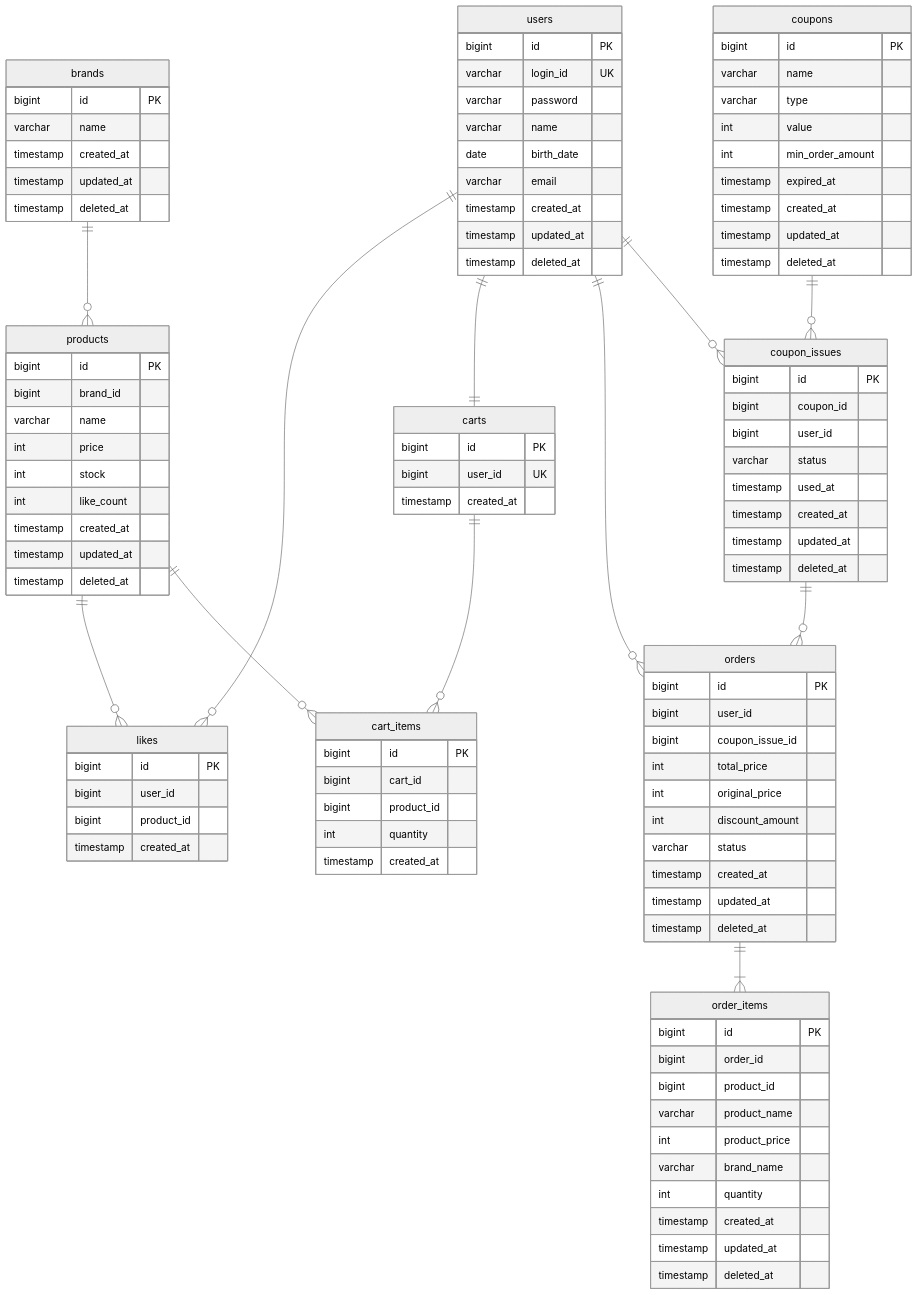
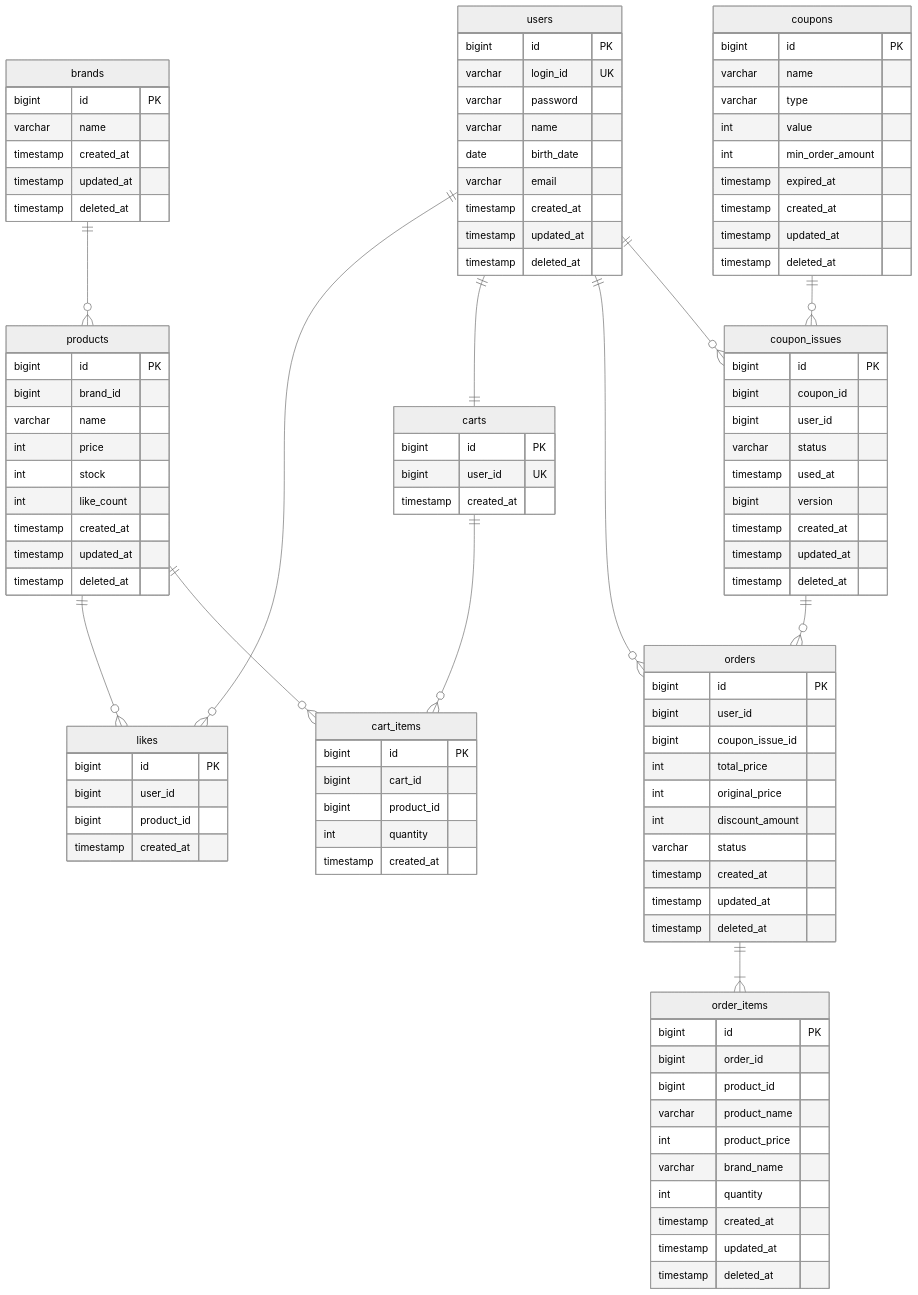
Before and after one commit to Loopers-dev-lab/loop-pack-be-l2-vol3-java: the diagram in .docs/04-erd.md, drawn with Mermaid (neutral theme). The commit also changed other lines of this file and 10 other files, not shown here.

```diff
--- a/.docs/04-erd.md
+++ b/.docs/04-erd.md
@@ -79,6 +79,7 @@
         bigint user_id
         varchar status
         timestamp used_at
+        bigint version
         timestamp created_at
         timestamp updated_at
         timestamp deleted_at
```
